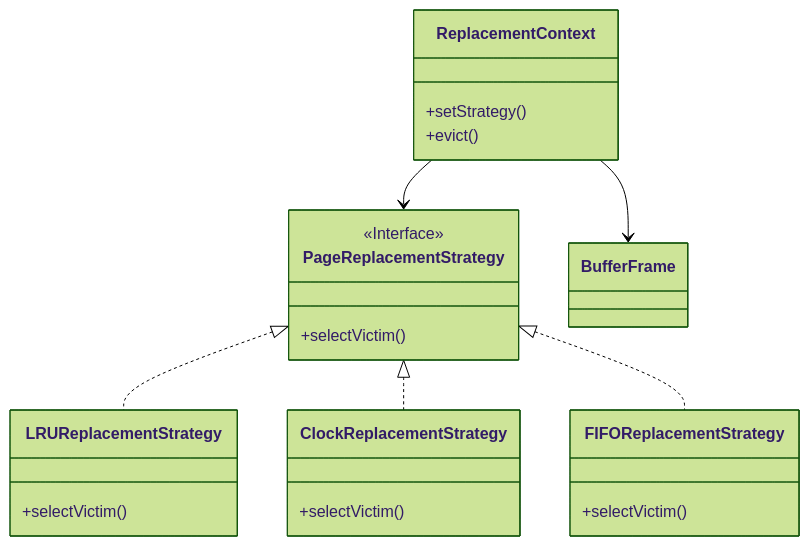
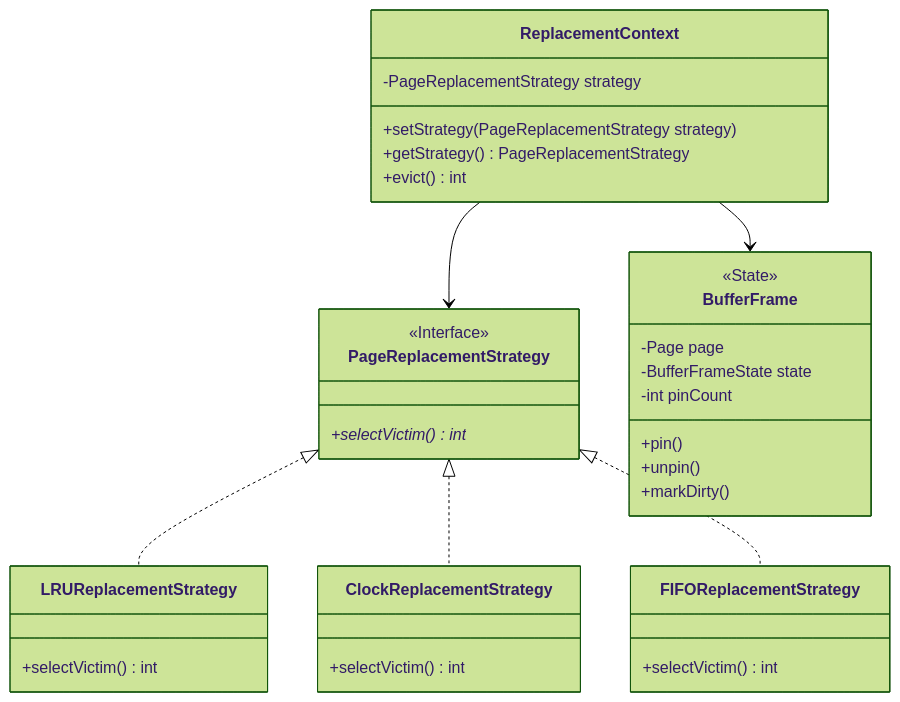
Before and after one commit to Dikhang1112/Database_Management_BBV: the diagram in docs/class_diagram/storage_engine/detail/PageReplacement.md, drawn with Mermaid (forest theme). The commit also changed 36 other files, not shown here.

````diff
--- a/docs/class_diagram/storage_engine/detail/PageReplacement.md
+++ b/docs/class_diagram/storage_engine/detail/PageReplacement.md
@@ -1,44 +1,54 @@
 ```mermaid
 classDiagram
     direction TD
 
 %% =====================================================
 %% PAGE REPLACEMENT (Strategy Pattern)
 %% =====================================================
 
 class PageReplacementStrategy{
-<<Interface>>
-<<Strategy>>
-+selectVictim()
+    <<Interface>>
+    <<Strategy>>
+    +selectVictim()* int
 }
 
 class LRUReplacementStrategy{
-+selectVictim()
+    +selectVictim() int
 }
 
 class ClockReplacementStrategy{
-+selectVictim()
+    +selectVictim() int
 }
 
 class FIFOReplacementStrategy{
-+selectVictim()
+    +selectVictim() int
 }
 
 class ReplacementContext{
-+setStrategy()
-+evict()
+    -PageReplacementStrategy strategy
+    +setStrategy(PageReplacementStrategy strategy)
+    +getStrategy() PageReplacementStrategy
+    +evict() int
 }
 
-class BufferFrame
+class BufferFrame{
+    <<State>>
+    -Page page
+    -BufferFrameState state
+    -int pinCount
+    +pin()
+    +unpin()
+    +markDirty()
+}
 
 %% =====================================================
 %% RELATIONSHIPS
 %% =====================================================
 
 PageReplacementStrategy <|.. LRUReplacementStrategy
 PageReplacementStrategy <|.. ClockReplacementStrategy
 PageReplacementStrategy <|.. FIFOReplacementStrategy
 
 ReplacementContext --> PageReplacementStrategy
 ReplacementContext --> BufferFrame
 ```
````
